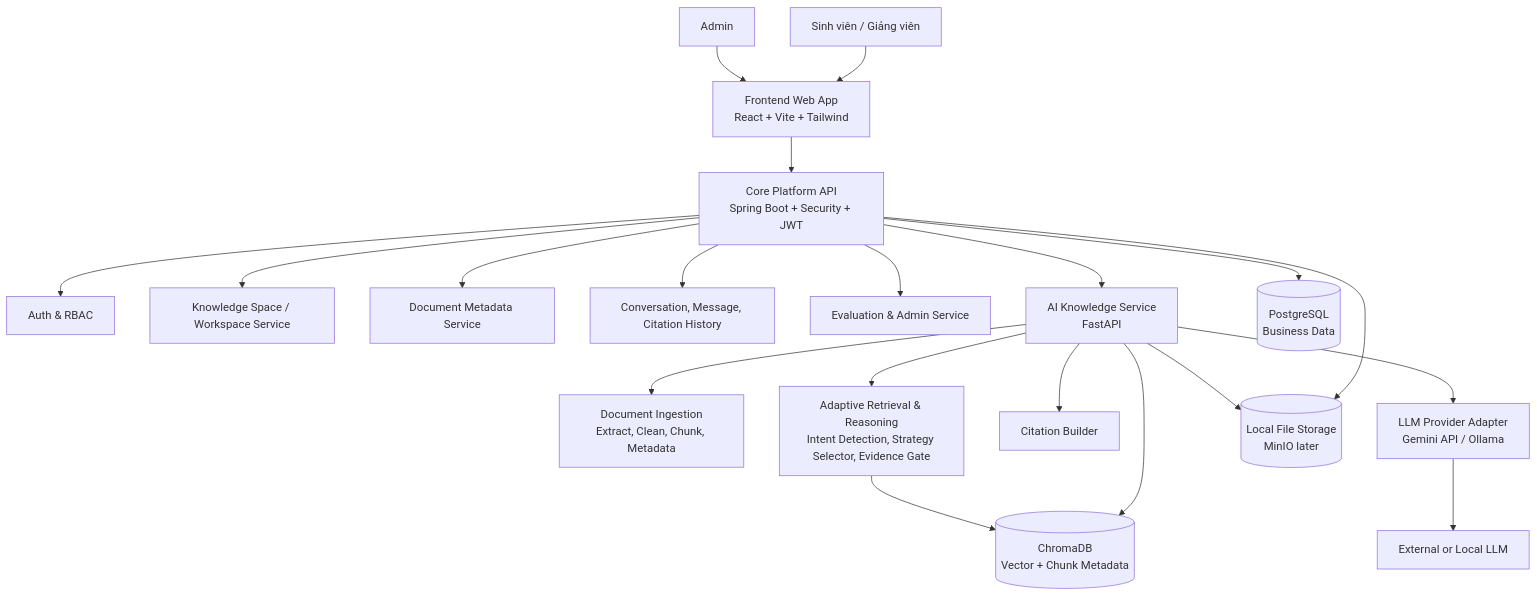
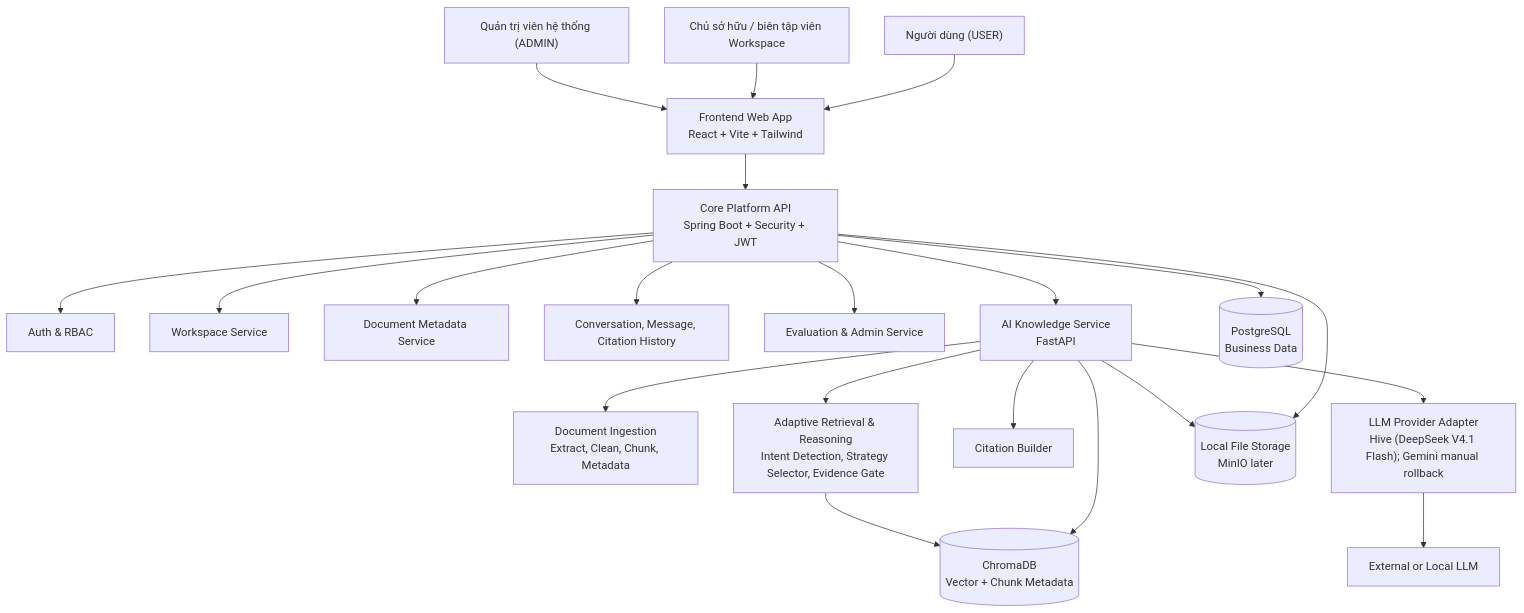
The first of 2 diagrams in docs/thesis/03-thiet-ke-he-thong/thiet-ke-so-luoc-ai-knowledge-platform-unichat.md (Hiep0718/unichat), drawn with Mermaid before and after one commit. The commit also changed other lines of this file and 13 other files, not shown here.

Commit message:
docs(thesis): update system design diagrams and references

````diff
--- a/docs/thesis/03-thiet-ke-he-thong/thiet-ke-so-luoc-ai-knowledge-platform-unichat.md
+++ b/docs/thesis/03-thiet-ke-he-thong/thiet-ke-so-luoc-ai-knowledge-platform-unichat.md
@@ -24,27 +37,28 @@
 ```mermaid
 flowchart TB
-    User["Sinh viên / Giảng viên"] --> Web["Frontend Web App\nReact + Vite + Tailwind"]
-    Admin["Admin"] --> Web
+    User["Người dùng (USER)"] --> Web["Frontend Web App\nReact + Vite + Tailwind"]
+    Owner["Chủ sở hữu / biên tập viên Workspace"] --> Web
+    Admin["Quản trị viên hệ thống (ADMIN)"] --> Web
 
     Web --> Core["Core Platform API\nSpring Boot + Security + JWT"]
 
     Core --> Auth["Auth & RBAC"]
-    Core --> Space["Knowledge Space / Workspace Service"]
+    Core --> Space["Workspace Service"]
     Core --> DocMeta["Document Metadata Service"]
     Core --> ChatHistory["Conversation, Message, Citation History"]
     Core --> Eval["Evaluation & Admin Service"]
 
     Core --> AI["AI Knowledge Service\nFastAPI"]
 
     AI --> Ingestion["Document Ingestion\nExtract, Clean, Chunk, Metadata"]
     AI --> Adaptive["Adaptive Retrieval & Reasoning\nIntent Detection, Strategy Selector, Evidence Gate"]
     AI --> Citation["Citation Builder"]
-    AI --> Provider["LLM Provider Adapter\nGemini API / Ollama"]
+    AI --> Provider["LLM Provider Adapter\nHive (DeepSeek V4.1 Flash); Gemini manual rollback"]
 
     Core --> Postgres[("PostgreSQL\nBusiness Data")]
     Core --> Storage[("Local File Storage\nMinIO later")]
     AI --> Storage
     AI --> Chroma[("ChromaDB\nVector + Chunk Metadata")]
     Adaptive --> Chroma
     Provider --> LLM["External or Local LLM"]
 ```
````
